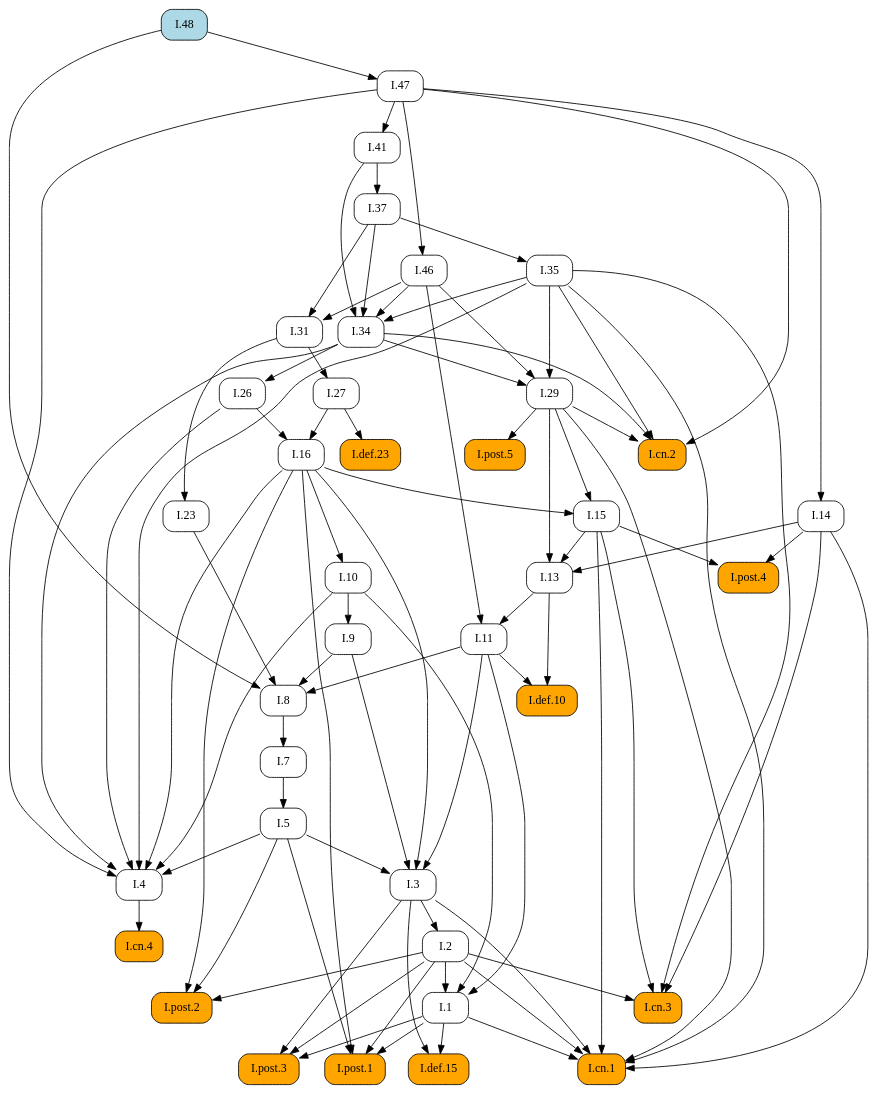
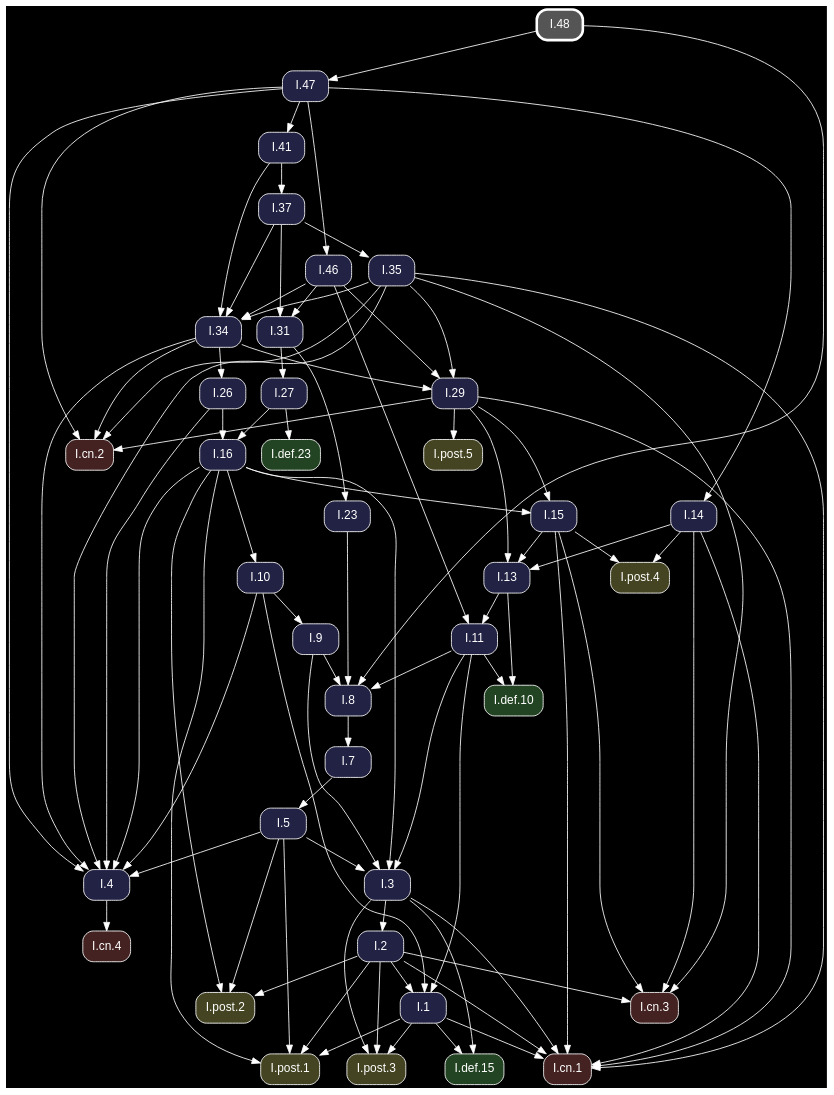
The diagram in docsrc/heath/I/48/index.rst (geometor/elements), drawn with Graphviz before and after one commit. The commit also changed other lines of this file and 1200 other files, not shown here.

Commit message:
update dependency graphs

```diff
--- a/docsrc/heath/I/48/index.rst
+++ b/docsrc/heath/I/48/index.rst
@@ -45,73 +45,54 @@
 .. graphviz::
 
    digraph {
+     bgcolor="black";
+     node [shape=box, style="rounded,filled", fontname="Helvetica", color="white", fontcolor="white"];
+     edge [color="white", fontcolor="white"];
      rankdir="TB";
-     node [shape=box, style=rounded];
-     "I.23" [URL="/heath/I/23/", target="_top"];
-     "I.9" [URL="/heath/I/9/", target="_top"];
-     "I.def.15" [style="rounded,filled", fillcolor=orange, URL="/heath/I/def.15/", target="_top"];
-     "I.47" [URL="/heath/I/47/", target="_top"];
-     "I.post.3" [style="rounded,filled", fillcolor=orange, URL="/heath/I/post.3/", target="_top"];
-     "I.post.1" [style="rounded,filled", fillcolor=orange, URL="/heath/I/post.1/", target="_top"];
-     "I.31" [URL="/heath/I/31/", target="_top"];
-     "I.def.10" [style="rounded,filled", fillcolor=orange, URL="/heath/I/def.10/", target="_top"];
-     "I.27" [URL="/heath/I/27/", target="_top"];
-     "I.14" [URL="/heath/I/14/", target="_top"];
-     "I.34" [URL="/heath/I/34/", target="_top"];
-     "I.3" [URL="/heath/I/3/", target="_top"];
-     "I.35" [URL="/heath/I/35/", target="_top"];
-     "I.cn.1" [style="rounded,filled", fillcolor=orange, URL="/heath/I/cn.1/", target="_top"];
-     "I.7" [URL="/heath/I/7/", target="_top"];
-     "I.2" [URL="/heath/I/2/", target="_top"];
-     "I.13" [URL="/heath/I/13/", target="_top"];
-     "I.post.4" [style="rounded,filled", fillcolor=orange, URL="/heath/I/post.4/", target="_top"];
-     "I.4" [URL="/heath/I/4/", target="_top"];
-     "I.48" [style="rounded,filled", fillcolor=lightblue, URL="/heath/I/48/", target="_top"];
-     "I.1" [URL="/heath/I/1/", target="_top"];
-     "I.5" [URL="/heath/I/5/", target="_top"];
-     "I.37" [URL="/heath/I/37/", target="_top"];
-     "I.8" [URL="/heath/I/8/", target="_top"];
-     "I.29" [URL="/heath/I/29/", target="_top"];
-     "I.cn.3" [style="rounded,filled", fillcolor=orange, URL="/heath/I/cn.3/", target="_top"];
-     "I.16" [URL="/heath/I/16/", target="_top"];
-     "I.15" [URL="/heath/I/15/", target="_top"];
-     "I.10" [URL="/heath/I/10/", target="_top"];
-     "I.11" [URL="/heath/I/11/", target="_top"];
-     "I.def.23" [style="rounded,filled", fillcolor=orange, URL="/heath/I/def.23/", target="_top"];
-     "I.cn.2" [style="rounded,filled", fillcolor=orange, URL="/heath/I/cn.2/", target="_top"];
-     "I.post.5" [style="rounded,filled", fillcolor=orange, URL="/heath/I/post.5/", target="_top"];
-     "I.cn.4" [style="rounded,filled", fillcolor=orange, URL="/heath/I/cn.4/", target="_top"];
-     "I.41" [URL="/heath/I/41/", target="_top"];
-     "I.post.2" [style="rounded,filled", fillcolor=orange, URL="/heath/I/post.2/", target="_top"];
-     "I.46" [URL="/heath/I/46/", target="_top"];
-     "I.26" [URL="/heath/I/26/", target="_top"];
-     "I.31" -> "I.23";
-     "I.10" -> "I.9";
-     "I.1" -> "I.def.15";
-     "I.3" -> "I.def.15";
-     "I.48" -> "I.47";
-     "I.1" -> "I.post.3";
-     "I.2" -> "I.post.3";
-     "I.3" -> "I.post.3";
-     "I.1" -> "I.post.1";
-     "I.2" -> "I.post.1";
-     "I.5" -> "I.post.1";
-     "I.16" -> "I.post.1";
+     "I.31" [fillcolor="#222244", URL="/heath/I/31/", target="_top"];
+     "I.3" [fillcolor="#222244", URL="/heath/I/3/", target="_top"];
+     "I.cn.1" [fillcolor="#442222", URL="/heath/I/cn.1/", target="_top"];
+     "I.def.10" [fillcolor="#224422", URL="/heath/I/def.10/", target="_top"];
+     "I.15" [fillcolor="#222244", URL="/heath/I/15/", target="_top"];
+     "I.13" [fillcolor="#222244", URL="/heath/I/13/", target="_top"];
+     "I.27" [fillcolor="#222244", URL="/heath/I/27/", target="_top"];
+     "I.2" [fillcolor="#222244", URL="/heath/I/2/", target="_top"];
+     "I.41" [fillcolor="#222244", URL="/heath/I/41/", target="_top"];
+     "I.cn.2" [fillcolor="#442222", URL="/heath/I/cn.2/", target="_top"];
+     "I.9" [fillcolor="#222244", URL="/heath/I/9/", target="_top"];
+     "I.1" [fillcolor="#222244", URL="/heath/I/1/", target="_top"];
+     "I.post.5" [fillcolor="#444422", URL="/heath/I/post.5/", target="_top"];
+     "I.post.4" [fillcolor="#444422", URL="/heath/I/post.4/", target="_top"];
+     "I.23" [fillcolor="#222244", URL="/heath/I/23/", target="_top"];
+     "I.26" [fillcolor="#222244", URL="/heath/I/26/", target="_top"];
+     "I.8" [fillcolor="#222244", URL="/heath/I/8/", target="_top"];
+     "I.4" [fillcolor="#222244", URL="/heath/I/4/", target="_top"];
+     "I.7" [fillcolor="#222244", URL="/heath/I/7/", target="_top"];
+     "I.5" [fillcolor="#222244", URL="/heath/I/5/", target="_top"];
+     "I.10" [fillcolor="#222244", URL="/heath/I/10/", target="_top"];
+     "I.46" [fillcolor="#222244", URL="/heath/I/46/", target="_top"];
+     "I.post.1" [fillcolor="#444422", URL="/heath/I/post.1/", target="_top"];
+     "I.11" [fillcolor="#222244", URL="/heath/I/11/", target="_top"];
+     "I.37" [fillcolor="#222244", URL="/heath/I/37/", target="_top"];
+     "I.16" [fillcolor="#222244", URL="/heath/I/16/", target="_top"];
+     "I.cn.3" [fillcolor="#442222", URL="/heath/I/cn.3/", target="_top"];
+     "I.29" [fillcolor="#222244", URL="/heath/I/29/", target="_top"];
+     "I.post.2" [fillcolor="#444422", URL="/heath/I/post.2/", target="_top"];
+     "I.cn.4" [fillcolor="#442222", URL="/heath/I/cn.4/", target="_top"];
+     "I.47" [fillcolor="#222244", URL="/heath/I/47/", target="_top"];
+     "I.14" [fillcolor="#222244", URL="/heath/I/14/", target="_top"];
+     "I.35" [fillcolor="#222244", URL="/heath/I/35/", target="_top"];
+     "I.def.23" [fillcolor="#224422", URL="/heath/I/def.23/", target="_top"];
+     "I.post.3" [fillcolor="#444422", URL="/heath/I/post.3/", target="_top"];
+     "I.34" [fillcolor="#222244", URL="/heath/I/34/", target="_top"];
+     "I.48" [penwidth=3, color="white", fillcolor="#555555", URL="/heath/I/48/", target="_top"];
+     "I.def.15" [fillcolor="#224422", URL="/heath/I/def.15/", target="_top"];
      "I.37" -> "I.31";
      "I.46" -> "I.31";
-     "I.11" -> "I.def.10";
-     "I.13" -> "I.def.10";
-     "I.31" -> "I.27";
-     "I.47" -> "I.14";
-     "I.35" -> "I.34";
-     "I.37" -> "I.34";
-     "I.41" -> "I.34";
-     "I.46" -> "I.34";
      "I.5" -> "I.3";
      "I.9" -> "I.3";
      "I.11" -> "I.3";
      "I.16" -> "I.3";
-     "I.37" -> "I.35";
      "I.1" -> "I.cn.1";
      "I.2" -> "I.cn.1";
      "I.3" -> "I.cn.1";
@@ -119,13 +100,33 @@
      "I.15" -> "I.cn.1";
      "I.29" -> "I.cn.1";
      "I.35" -> "I.cn.1";
-     "I.8" -> "I.7";
-     "I.3" -> "I.2";
+     "I.11" -> "I.def.10";
+     "I.13" -> "I.def.10";
+     "I.16" -> "I.15";
+     "I.29" -> "I.15";
      "I.14" -> "I.13";
      "I.15" -> "I.13";
      "I.29" -> "I.13";
+     "I.31" -> "I.27";
+     "I.3" -> "I.2";
+     "I.47" -> "I.41";
+     "I.29" -> "I.cn.2";
+     "I.34" -> "I.cn.2";
+     "I.35" -> "I.cn.2";
+     "I.47" -> "I.cn.2";
+     "I.10" -> "I.9";
+     "I.2" -> "I.1";
+     "I.10" -> "I.1";
+     "I.11" -> "I.1";
+     "I.29" -> "I.post.5";
      "I.14" -> "I.post.4";
      "I.15" -> "I.post.4";
+     "I.31" -> "I.23";
+     "I.34" -> "I.26";
+     "I.9" -> "I.8";
+     "I.11" -> "I.8";
+     "I.23" -> "I.8";
+     "I.48" -> "I.8";
      "I.5" -> "I.4";
      "I.10" -> "I.4";
      "I.16" -> "I.4";
@@ -133,40 +134,41 @@
      "I.34" -> "I.4";
      "I.35" -> "I.4";
      "I.47" -> "I.4";
-     "I.2" -> "I.1";
-     "I.10" -> "I.1";
-     "I.11" -> "I.1";
+     "I.8" -> "I.7";
      "I.7" -> "I.5";
+     "I.16" -> "I.10";
+     "I.47" -> "I.46";
+     "I.1" -> "I.post.1";
+     "I.2" -> "I.post.1";
+     "I.5" -> "I.post.1";
+     "I.16" -> "I.post.1";
+     "I.13" -> "I.11";
+     "I.46" -> "I.11";
      "I.41" -> "I.37";
-     "I.9" -> "I.8";
-     "I.11" -> "I.8";
-     "I.23" -> "I.8";
-     "I.48" -> "I.8";
-     "I.34" -> "I.29";
-     "I.35" -> "I.29";
-     "I.46" -> "I.29";
+     "I.26" -> "I.16";
+     "I.27" -> "I.16";
      "I.2" -> "I.cn.3";
      "I.14" -> "I.cn.3";
      "I.15" -> "I.cn.3";
      "I.35" -> "I.cn.3";
-     "I.26" -> "I.16";
-     "I.27" -> "I.16";
-     "I.16" -> "I.15";
-     "I.29" -> "I.15";
-     "I.16" -> "I.10";
-     "I.13" -> "I.11";
-     "I.46" -> "I.11";
-     "I.27" -> "I.def.23";
-     "I.29" -> "I.cn.2";
-     "I.34" -> "I.cn.2";
-     "I.35" -> "I.cn.2";
-     "I.47" -> "I.cn.2";
-     "I.29" -> "I.post.5";
-     "I.4" -> "I.cn.4";
-     "I.47" -> "I.41";
+     "I.34" -> "I.29";
+     "I.35" -> "I.29";
+     "I.46" -> "I.29";
      "I.2" -> "I.post.2";
      "I.5" -> "I.post.2";
      "I.16" -> "I.post.2";
-     "I.47" -> "I.46";
-     "I.34" -> "I.26";
+     "I.4" -> "I.cn.4";
+     "I.48" -> "I.47";
+     "I.47" -> "I.14";
+     "I.37" -> "I.35";
+     "I.27" -> "I.def.23";
+     "I.1" -> "I.post.3";
+     "I.2" -> "I.post.3";
+     "I.3" -> "I.post.3";
+     "I.35" -> "I.34";
+     "I.37" -> "I.34";
+     "I.41" -> "I.34";
+     "I.46" -> "I.34";
+     "I.1" -> "I.def.15";
+     "I.3" -> "I.def.15";
    }
```
